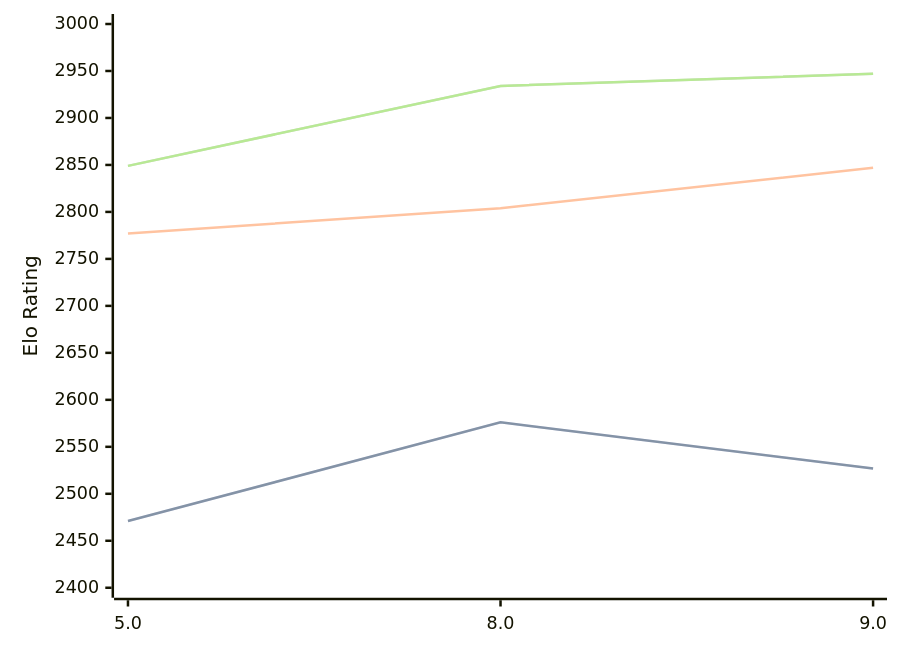
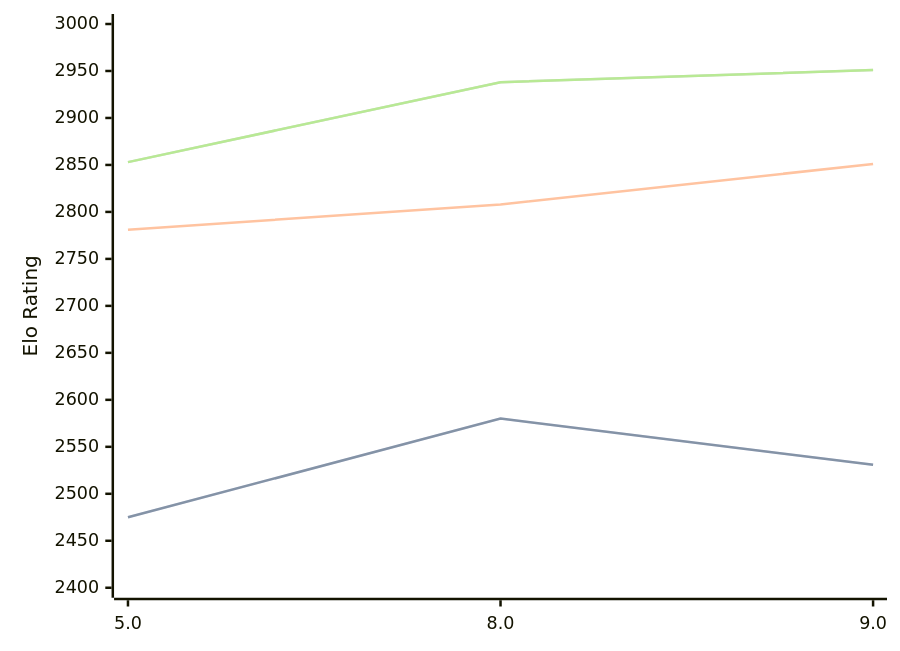
The diagram in engines/4kc.md (computer-chess-index/cci), drawn with Mermaid before and after one commit. The commit also changed other lines of this file, not shown here.

Commit message:
Update CCI Ratings (ELO VLTC) - 2026-08-18

````diff
--- a/engines/4kc.md
+++ b/engines/4kc.md
@@ -33,11 +33,11 @@
 ```mermaid
 %%{init: {"theme":"base","themeVariables":{"seriesColors:['#a3a3a3','#222221','#faa371']}}}%%
 xychart-beta
   x-axis ["5.0", "8.0", "9.0"]
   y-axis "Elo Rating" 2400 --> 3000
-  line "STC (8.0+0.08s)" [2471, 2576, 2527]
-  line "STC (8.0+0.08s)" [2471, 2576, 2527]
-  line "LTC (60.0+0.60s)" [2777, 2804, 2847]
-  line "VLTC (2m24s+1.12s)" [2849, 2934, 2947]
-  line "VLTC (2m24s+1.12s)" [2849, 2934, 2947]
+  line "STC (8.0+0.08s)" [2475, 2580, 2531]
+  line "STC (8.0+0.08s)" [2475, 2580, 2531]
+  line "LTC (60.0+0.60s)" [2781, 2808, 2851]
+  line "VLTC (2m24s+1.12s)" [2853, 2938, 2951]
+  line "VLTC (2m24s+1.12s)" [2853, 2938, 2951]
 ```
````
